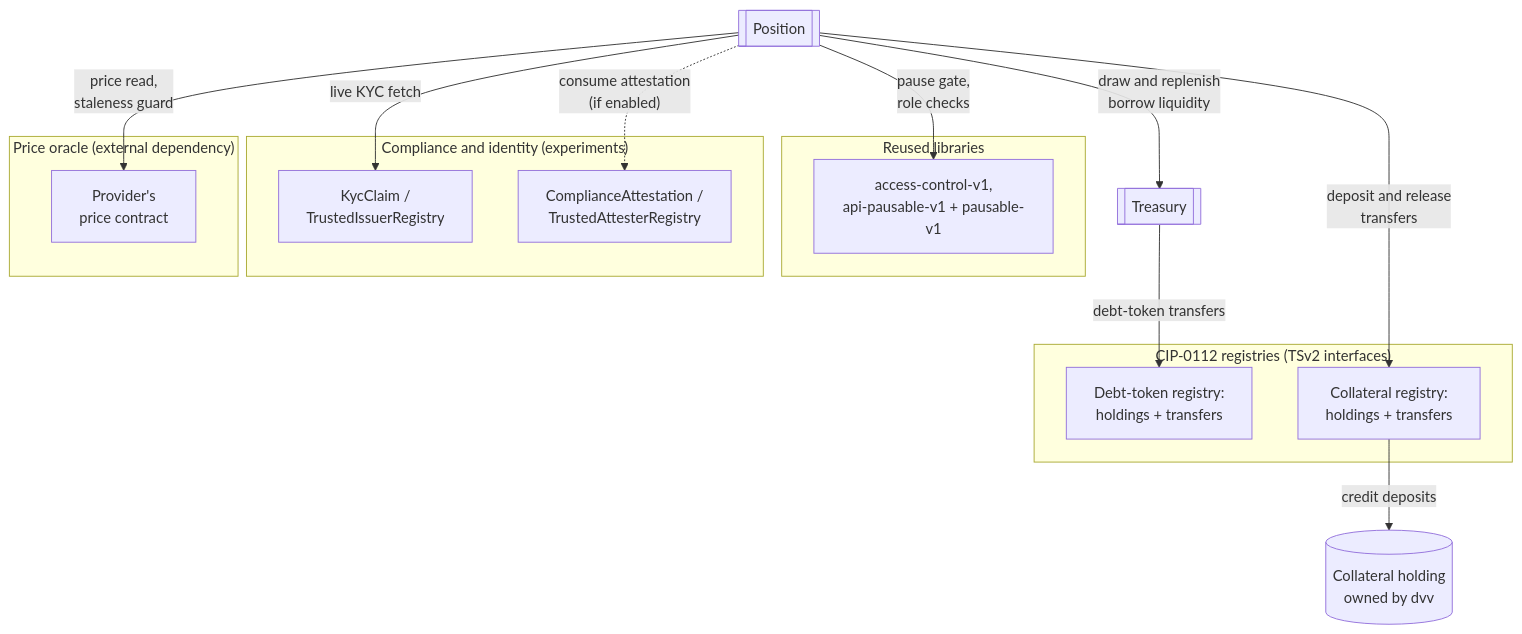
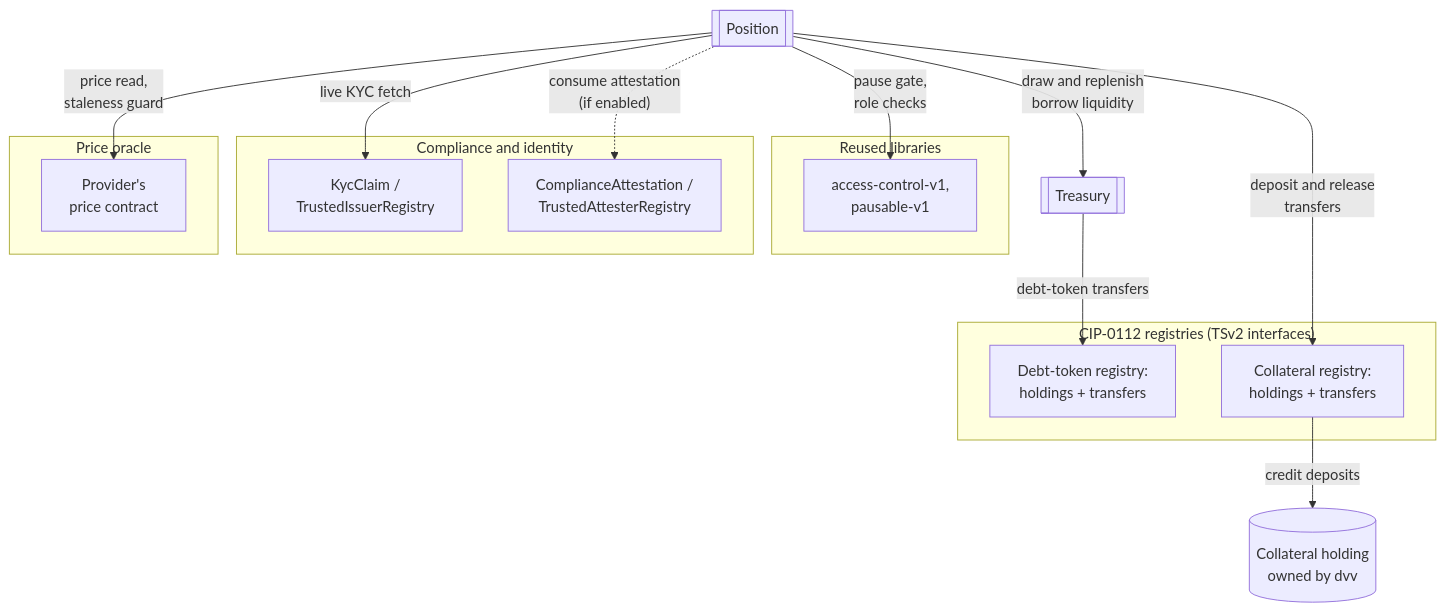
Before and after one commit to OpenZeppelin/canton-specs: the second of 9 diagrams in docs/reference-architectures/lending.md, drawn with Mermaid. The commit also changed other lines of this file and 1 other file, not shown here.

````diff
--- a/docs/reference-architectures/lending.md
+++ b/docs/reference-architectures/lending.md
@@ -163,33 +162,33 @@
 ```mermaid
 flowchart TB
     Position[["Position"]]
     Treasury[["Treasury"]]
     Collateral[("Collateral holding<br/>owned by dvv")]
 
     subgraph Libraries["Reused libraries"]
-        Gov["access-control-v1,<br/>api-pausable-v1 + pausable-v1"]
+        Gov["access-control-v1,<br/>pausable-v1"]
     end
 
-    subgraph Identity["Compliance and identity (experiments)"]
+    subgraph Identity["Compliance and identity"]
         Kyc["KycClaim /<br/>TrustedIssuerRegistry"]
         Att["ComplianceAttestation /<br/>TrustedAttesterRegistry"]
     end
 
     subgraph Rail["CIP-0112 registries (TSv2 interfaces)"]
         Debt["Debt-token registry:<br/>holdings + transfers"]
         Coll["Collateral registry:<br/>holdings + transfers"]
     end
 
-    subgraph Price["Price oracle (external dependency)"]
+    subgraph Price["Price oracle"]
         Oracle["Provider's<br/>price contract"]
     end
 
     Position -->|"price read,<br/>staleness guard"| Oracle
     Position -->|"pause gate,<br/>role checks"| Gov
     Position -->|"live KYC fetch"| Kyc
     Position -->|"draw and replenish<br/>borrow liquidity"| Treasury
     Treasury -->|"debt-token transfers"| Debt
     Position -.->|"consume attestation<br/>(if enabled)"| Att
     Position -->|"deposit and release<br/>transfers"| Coll
     Coll -->|"credit deposits"| Collateral
 ```
````
